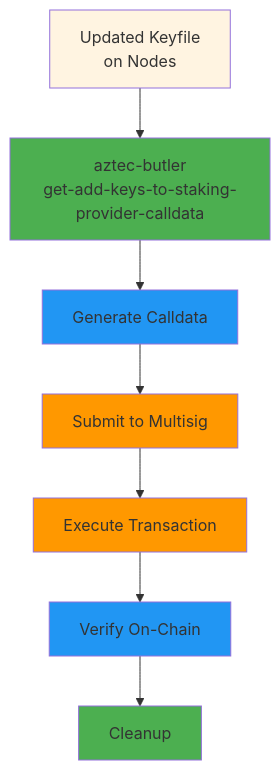
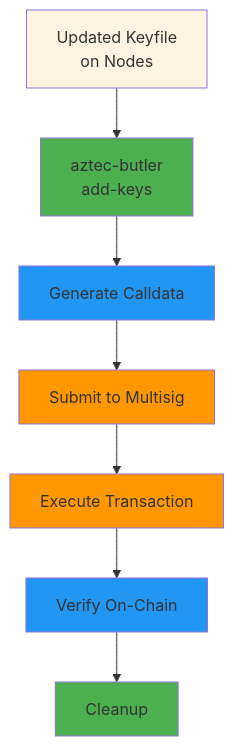
One commit to aztec-scan/aztec-butler changed the first of 2 diagrams in docs/operator-guide/phase-5.md. Above: the diagram before and after it, drawn with Mermaid. The commit also changed other lines of this file and 5 other files, not shown here.

````diff
--- a/docs/operator-guide/phase-5.md
+++ b/docs/operator-guide/phase-5.md
@@ -7,17 +7,17 @@
 ```mermaid
 flowchart TD
-    A[Updated Keyfile<br/>on Nodes] --> B[aztec-butler<br/>get-add-keys-to-staking-provider-calldata]
+    A[Updated Keyfile<br/>on Nodes] --> B[aztec-butler<br/>add-keys]
     B --> C[Generate Calldata]
     C --> D[Submit to Multisig]
     D --> E[Execute Transaction]
     E --> F[Verify On-Chain]
     F --> G[Cleanup]
 
     style A fill:#fff4e1
     style B fill:#4CAF50
     style C fill:#2196F3
     style D fill:#FF9800
     style E fill:#FF9800
     style F fill:#2196F3
     style G fill:#4CAF50
 ```
````
